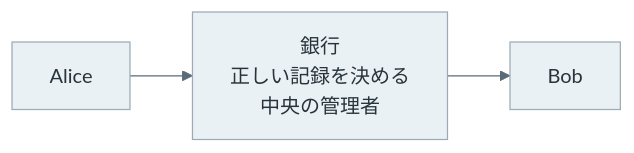
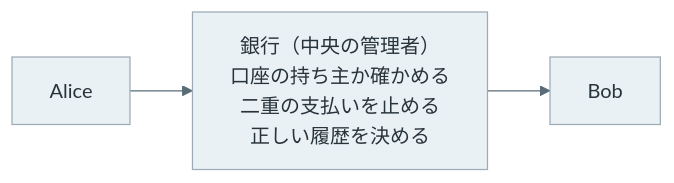
One commit to nao1215/debimate changed the first of 5 diagrams in content/notes/blockchain-systems/blockchain-basics/index.md. Above: the diagram before and after it, drawn with Mermaid. The commit also changed other lines of this file and 425 other files, not shown here.

````diff
--- a/content/notes/blockchain-systems/blockchain-basics/index.md
+++ b/content/notes/blockchain-systems/blockchain-basics/index.md
@@ -36,7 +35,7 @@
 ```mermaid
 %%{init: {"theme":"base","themeVariables":{"primaryColor":"#eaf1f5","primaryTextColor":"#28343b","primaryBorderColor":"#9cabb5","lineColor":"#596b76","textColor":"#28343b","actorBkg":"#eaf1f5","actorBorder":"#9cabb5","actorTextColor":"#28343b","actorLineColor":"#9cabb5","signalColor":"#596b76","signalTextColor":"#28343b","noteBkgColor":"#f7f1e5","noteBorderColor":"#c5b99b","noteTextColor":"#403c32","activationBkgColor":"#edf3ef","activationBorderColor":"#9aafa1"}}}%%
 flowchart LR
-    A["Alice"] --> BK["銀行<br/>正しい記録を決める<br/>中央の管理者"]
+    A["Alice"] --> BK["銀行（中央の管理者）<br/>口座の持ち主か確かめる<br/>二重の支払いを止める<br/>正しい履歴を決める"]
     BK --> B["Bob"]
     classDef default fill:#eaf1f5,stroke:#9cabb5,color:#28343b;
 ```
````
